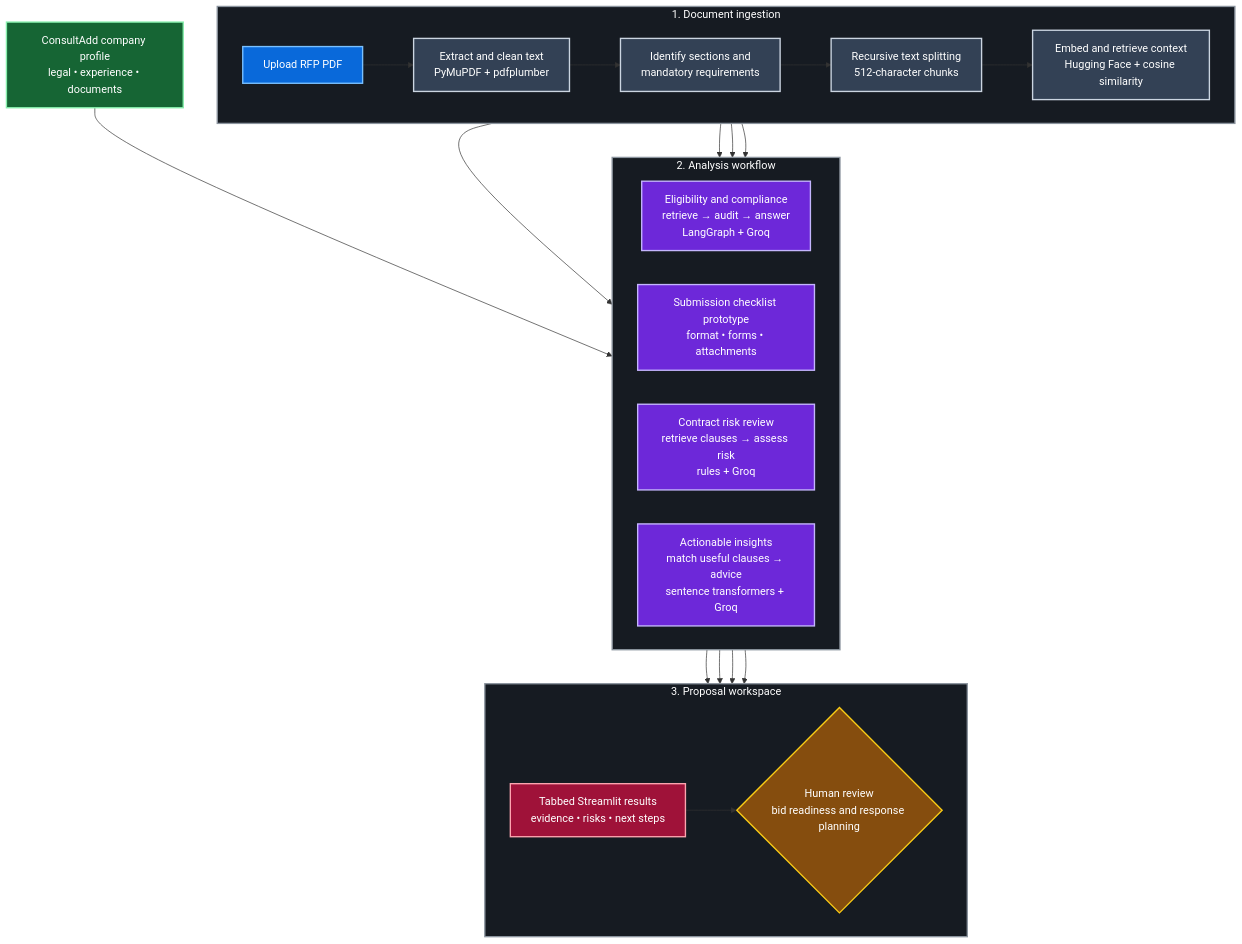
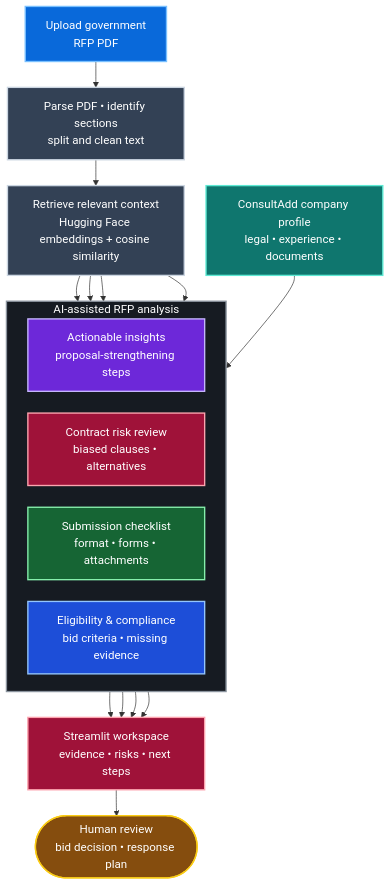
One commit to that-rookie-parth/HomersHackers changed the diagram in README.md. Above: the diagram before and after it, drawn with Mermaid.

Commit message:
docs: improve architecture diagram readability

````diff
--- a/README.md
+++ b/README.md
@@ -46,62 +46,51 @@
 ```mermaid
+%%{init: {"flowchart": {"nodeSpacing": 32, "rankSpacing": 38}, "themeVariables": {"fontSize": "17px"}}}%%
 flowchart TB
-    subgraph ingestion[1. Document ingestion]
-        direction LR
-        input[Upload RFP PDF]
-        extract[Extract and clean text<br/>PyMuPDF + pdfplumber]
-        parse[Identify sections and<br/>mandatory requirements]
-        chunks[Recursive text splitting<br/>512-character chunks]
-        retrieve[Embed and retrieve context<br/>Hugging Face + cosine similarity]
-
-        input --> extract
-        extract --> parse
-        parse --> chunks
-        chunks --> retrieve
-    end
-
+    input[Upload government<br/>RFP PDF]
+    prepare[Parse PDF • identify sections<br/>split and clean text]
+    retrieve[Retrieve relevant context<br/>Hugging Face embeddings + cosine similarity]
     company[ConsultAdd company profile<br/>legal • experience • documents]
 
-    subgraph workflow[2. Analysis workflow]
+    input --> prepare --> retrieve
+
+    subgraph workflow[AI-assisted RFP analysis]
         direction LR
-        eligibility[Eligibility and compliance<br/>retrieve → audit → answer<br/>LangGraph + Groq]
-        checklist[Submission checklist prototype<br/>format • forms • attachments]
-        risk[Contract risk review<br/>retrieve clauses → assess risk<br/>rules + Groq]
-        insights[Actionable insights<br/>match useful clauses → advice<br/>sentence transformers + Groq]
-    end
-
-    subgraph presentation[3. Proposal workspace]
-        direction LR
-        results[Tabbed Streamlit results<br/>evidence • risks • next steps]
-        review{Human review<br/>bid readiness and response planning}
-
-        results --> review
+        insights[Actionable insights<br/>proposal-strengthening steps]
+        risk[Contract risk review<br/>biased clauses • alternatives]
+        checklist[Submission checklist<br/>format • forms • attachments]
+        eligibility[Eligibility & compliance<br/>bid criteria • missing evidence]
     end
 
     retrieve --> eligibility
     retrieve --> checklist
     retrieve --> risk
     retrieve --> insights
     company --> eligibility
 
-    eligibility --> results
+    eligibility --> results[Streamlit workspace<br/>evidence • risks • next steps]
     checklist --> results
     risk --> results
     insights --> results
+    results --> review([Human review<br/>bid decision • response plan])
 
     classDef entry fill:#0969DA,stroke:#79C0FF,color:#FFFFFF,stroke-width:2px
     classDef process fill:#334155,stroke:#CBD5E1,color:#FFFFFF,stroke-width:2px
+    classDef data fill:#0F766E,stroke:#5EEAD4,color:#FFFFFF,stroke-width:2px
+    classDef eligibility fill:#1D4ED8,stroke:#93C5FD,color:#FFFFFF,stroke-width:2px
+    classDef checklist fill:#166534,stroke:#86EFAC,color:#FFFFFF,stroke-width:2px
+    classDef risk fill:#9F1239,stroke:#FDA4AF,color:#FFFFFF,stroke-width:2px
+    classDef insight fill:#6D28D9,stroke:#C4B5FD,color:#FFFFFF,stroke-width:2px
+    classDef output fill:#9F1239,stroke:#FDA4AF,color:#FFFFFF,stroke-width:2px
     classDef decision fill:#854D0E,stroke:#FACC15,color:#FFFFFF,stroke-width:2px
-    classDef action fill:#6D28D9,stroke:#C4B5FD,color:#FFFFFF,stroke-width:2px
-    classDef service fill:#166534,stroke:#86EFAC,color:#FFFFFF,stroke-width:2px
-    classDef output fill:#9F1239,stroke:#FDA4AF,color:#FFFFFF,stroke-width:2px
 
     class input entry
-    class extract,parse,chunks,retrieve process
+    class prepare,retrieve process
+    class company data
+    class eligibility eligibility
+    class checklist checklist
+    class risk risk
+    class insights insight
+    class results output
     class review decision
-    class eligibility,checklist,risk,insights action
-    class company service
-    class results output
-    style ingestion fill:#161B22,stroke:#8B949E,color:#FFFFFF,stroke-width:2px
     style workflow fill:#161B22,stroke:#8B949E,color:#FFFFFF,stroke-width:2px
-    style presentation fill:#161B22,stroke:#8B949E,color:#FFFFFF,stroke-width:2px
 ```
````
